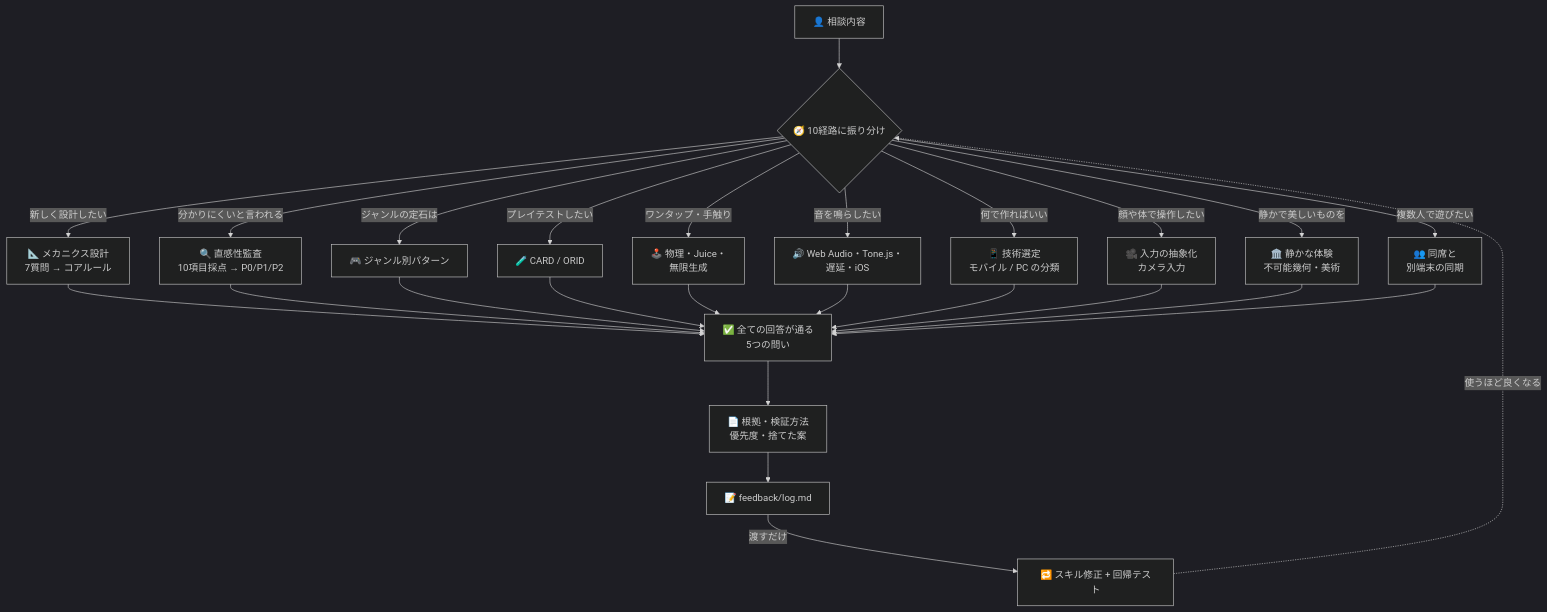
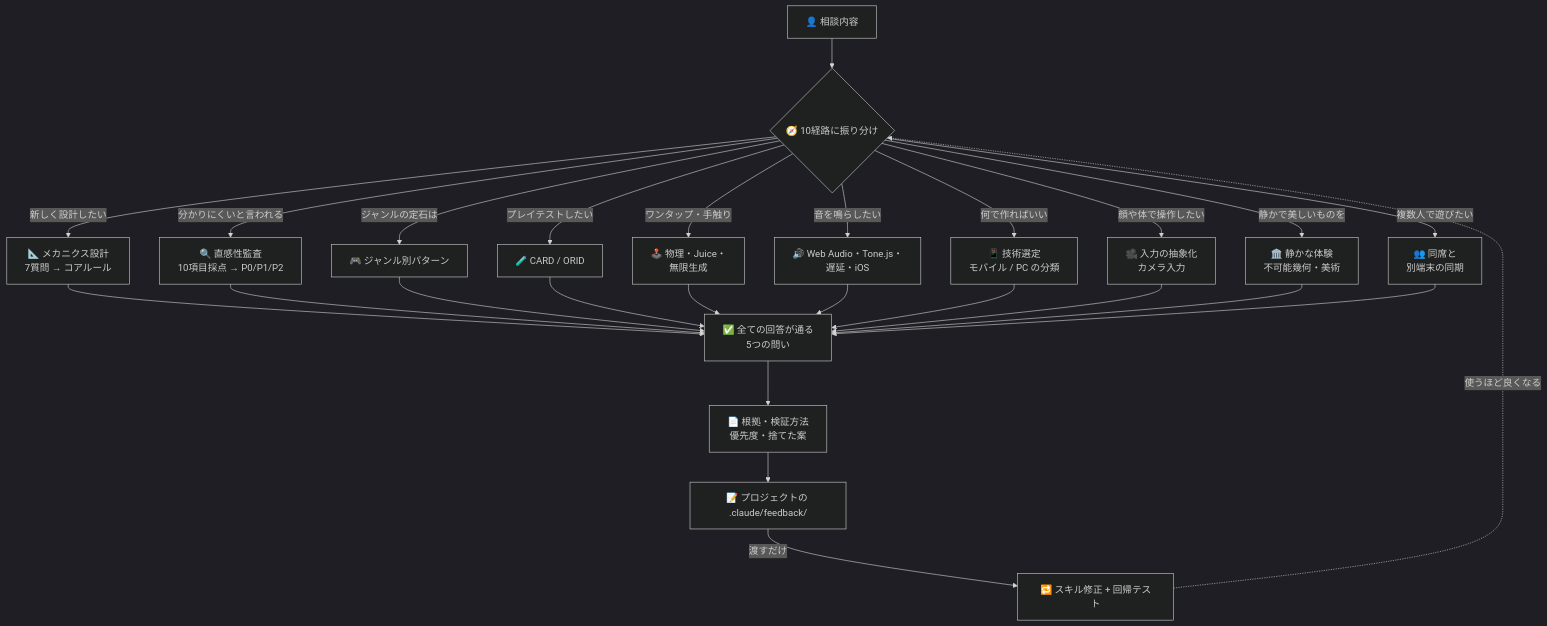
Before and after one commit to takaoumehara/intuitive-game-design-skill: the diagram in README.ja.md, drawn with Mermaid (dark theme). The commit also changed other lines of this file and 45 other files, not shown here.

````diff
--- a/README.ja.md
+++ b/README.ja.md
@@ -24,21 +27,21 @@
 ```mermaid
 flowchart TD
     U["👤 相談内容"] --> R{"🧭 10経路に振り分け"}
 
     R -->|"新しく設計したい"| A["📐 メカニクス設計<br/>7質問 → コアルール"]
     R -->|"分かりにくいと言われる"| B["🔍 直感性監査<br/>10項目採点 → P0/P1/P2"]
     R -->|"ジャンルの定石は"| C["🎮 ジャンル別パターン"]
     R -->|"プレイテストしたい"| D["🧪 CARD / ORID"]
     R -->|"ワンタップ・手触り"| E["🕹️ 物理・Juice・<br/>無限生成"]
     R -->|"音を鳴らしたい"| F["🔊 Web Audio・Tone.js・<br/>遅延・iOS"]
     R -->|"何で作ればいい"| G["📱 技術選定<br/>モバイル / PC の分類"]
     R -->|"顔や体で操作したい"| H["🎥 入力の抽象化<br/>カメラ入力"]
     R -->|"静かで美しいものを"| I["🏛️ 静かな体験<br/>不可能幾何・美術"]
     R -->|"複数人で遊びたい"| J["👥 同席と<br/>別端末の同期"]
 
     A & B & C & D & E & F & G & H & I & J --> Q["✅ 全ての回答が通る<br/>5つの問い"]
     Q --> O["📄 根拠・検証方法<br/>優先度・捨てた案"]
-    O --> L["📝 feedback/log.md"]
+    O --> L["📝 プロジェクトの .claude/feedback/"]
     L -->|"渡すだけ"| FIX["🔁 スキル修正 + 回帰テスト"]
     FIX -.->|"使うほど良くなる"| R
 ```
````
